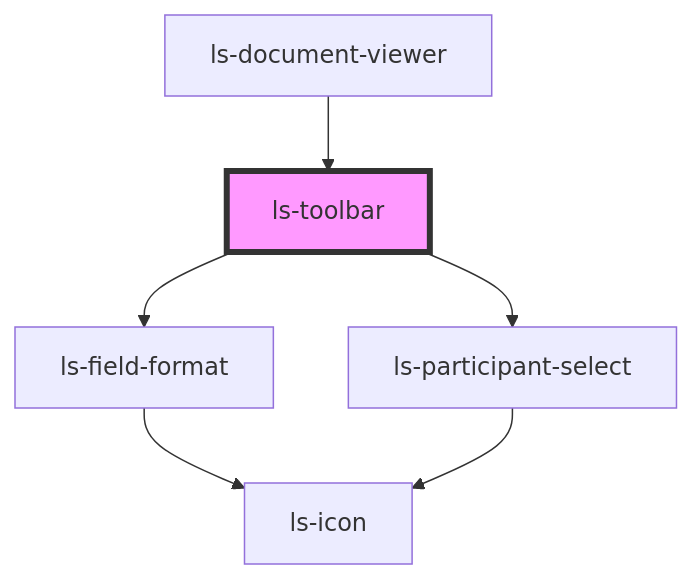
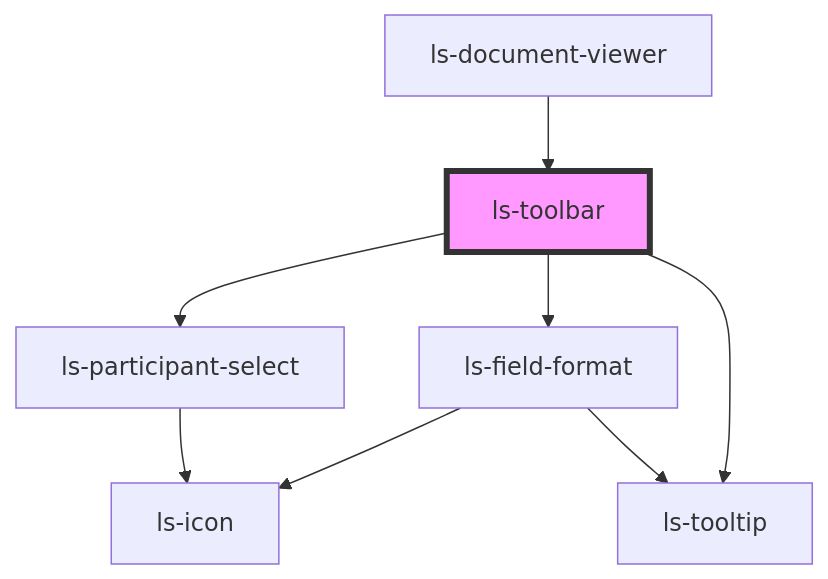
One commit to legalesign/ls-document-viewer changed the diagram in src/components/ls-toolbar/readme.md. Above: the diagram before and after it, drawn with Mermaid. The commit also changed other lines of this file and 14 other files, not shown here.

````diff
--- a/src/components/ls-toolbar/readme.md
+++ b/src/components/ls-toolbar/readme.md
@@ -38,9 +39,11 @@
 ```mermaid
 graph TD;
   ls-toolbar --> ls-field-format
   ls-toolbar --> ls-participant-select
+  ls-toolbar --> ls-tooltip
   ls-field-format --> ls-icon
+  ls-field-format --> ls-tooltip
   ls-participant-select --> ls-icon
   ls-document-viewer --> ls-toolbar
   style ls-toolbar fill:#f9f,stroke:#333,stroke-width:4px
 ```
````
